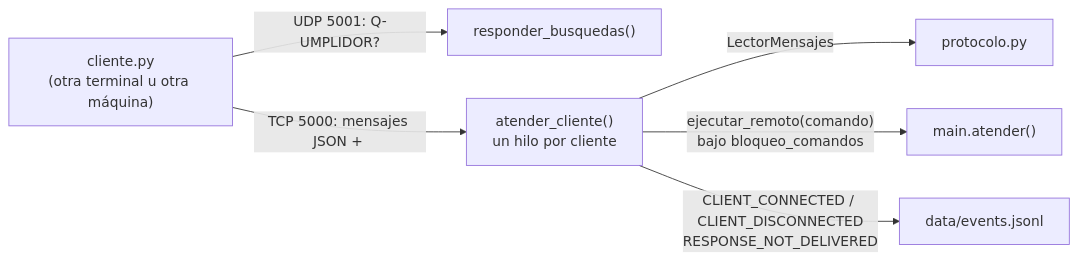
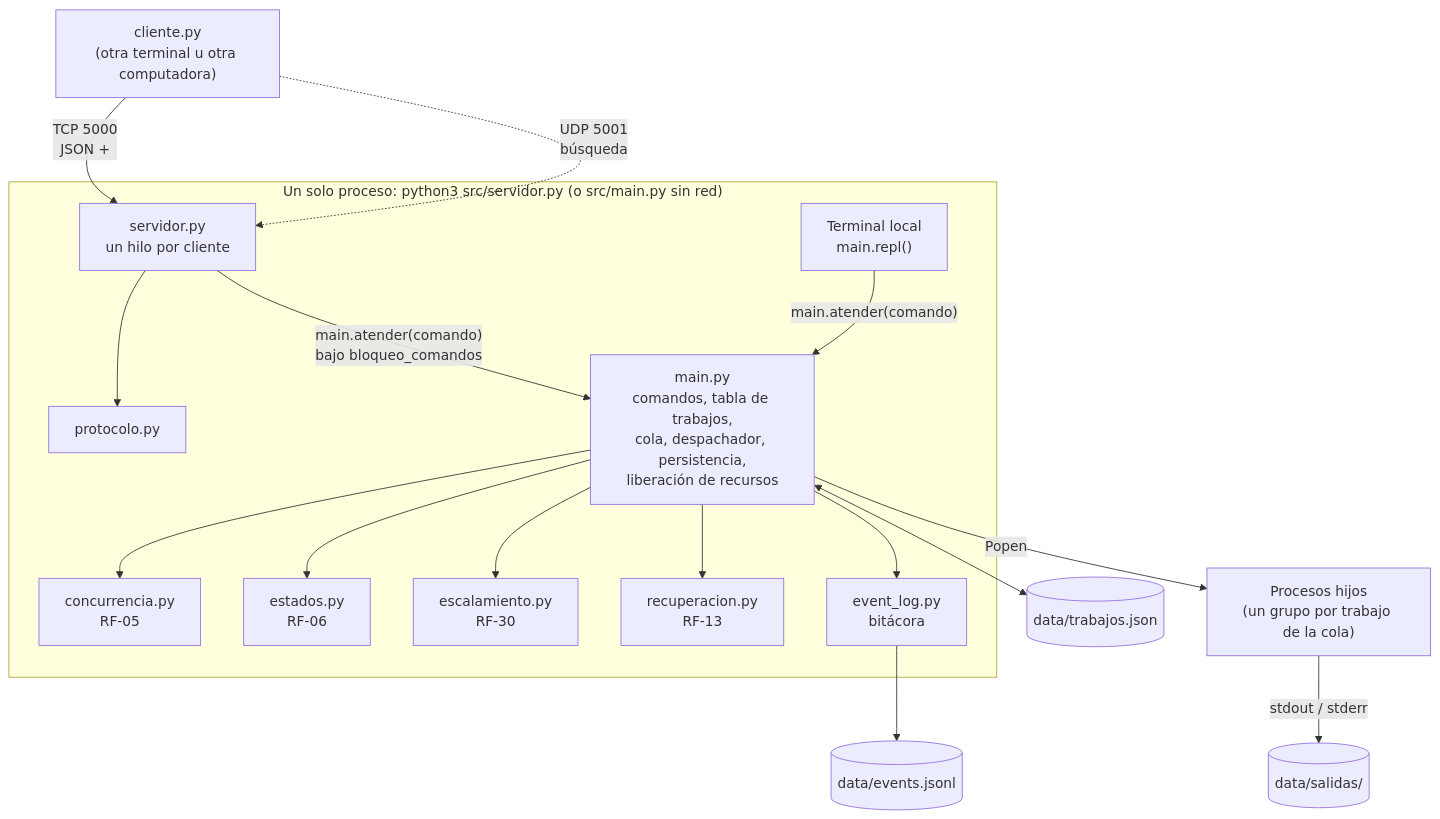
One commit to Qiskit421/Q-umplidor changed the first of 3 diagrams in docs/technical-guide/Arquitectura.md. Above: the diagram before and after it, drawn with Mermaid. The commit also changed other lines of this file and 1 other file, not shown here.

Commit message:
Guía técnica final con los puntos del doc. 04 (#161)

````diff
--- a/docs/technical-guide/Arquitectura.md
+++ b/docs/technical-guide/Arquitectura.md
@@ -124,8 +33,20 @@
 ```mermaid
-flowchart LR
-    C["cliente.py<br/>(otra terminal u otra máquina)"] -- "UDP 5001: Q-UMPLIDOR?" --> D["responder_busquedas()"]
-    C -- "TCP 5000: mensajes JSON + \n" --> A["atender_cliente()<br/>un hilo por cliente"]
-    A -->|LectorMensajes| P["protocolo.py"]
-    A -->|"ejecutar_remoto(comando)<br/>bajo bloqueo_comandos"| M["main.atender()"]
-    A -->|CLIENT_CONNECTED / CLIENT_DISCONNECTED<br/>RESPONSE_NOT_DELIVERED| B["data/events.jsonl"]
+flowchart TD
+    CL["cliente.py<br/>(otra terminal u otra computadora)"] -- "TCP 5000<br/>JSON + \n" --> SRV
+    CL -. "UDP 5001<br/>búsqueda" .-> SRV
+    subgraph proceso["Un solo proceso: python3 src/servidor.py (o src/main.py sin red)"]
+        SRV["servidor.py<br/>un hilo por cliente"] --> PRO["protocolo.py"]
+        SRV -->|"main.atender(comando)<br/>bajo bloqueo_comandos"| M
+        T["Terminal local<br/>main.repl()"] -->|"main.atender(comando)"| M
+        M["main.py<br/>comandos, tabla de trabajos,<br/>cola, despachador, persistencia,<br/>liberación de recursos"]
+        M --> CON["concurrencia.py<br/>RF-05"]
+        M --> EST["estados.py<br/>RF-06"]
+        M --> ESC["escalamiento.py<br/>RF-30"]
+        M --> REC["recuperacion.py<br/>RF-13"]
+        M --> BIT["event_log.py<br/>bitácora"]
+    end
+    M -->|"Popen"| P["Procesos hijos<br/>(un grupo por trabajo de la cola)"]
+    P -->|"stdout / stderr"| SAL[("data/salidas/")]
+    M <--> J[("data/trabajos.json")]
+    BIT --> EV[("data/events.jsonl")]
 ```
````
